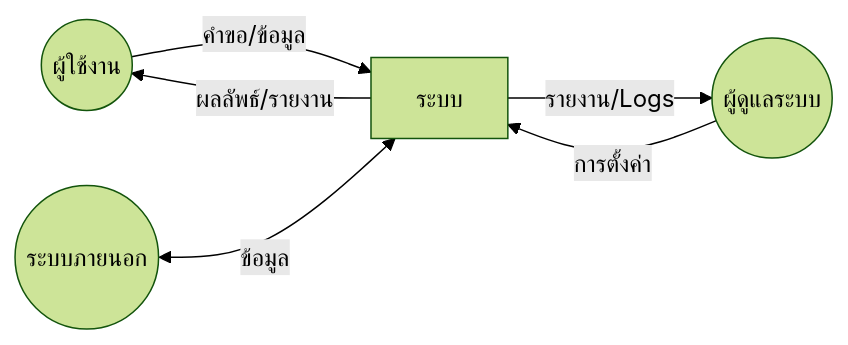
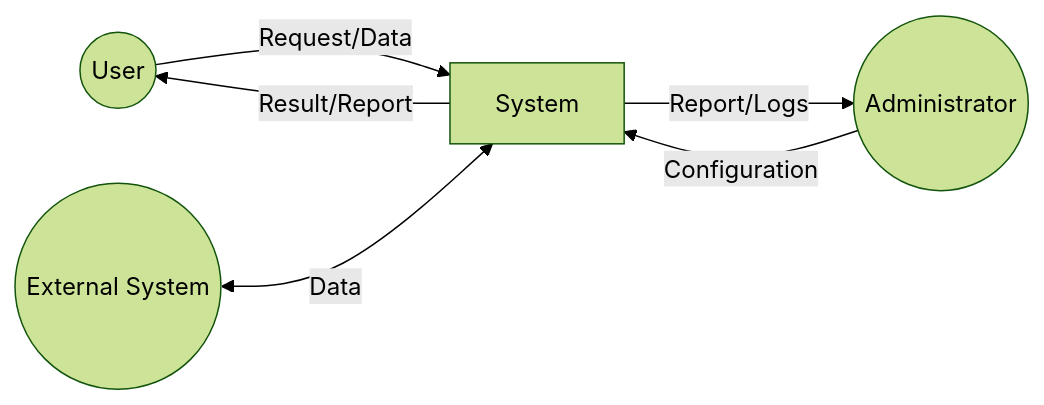
One commit to mounchons/AgentMarketPlace changed the fourth of 9 diagrams in plugins/system-design-doc/skills/system-design-doc/templates/design-doc-template.md. Above: the diagram before and after it, drawn with Mermaid (forest theme). The commit also changed other lines of this file and 51 other files, not shown here.

````diff
--- a/plugins/system-design-doc/skills/system-design-doc/templates/design-doc-template.md
+++ b/plugins/system-design-doc/skills/system-design-doc/templates/design-doc-template.md
@@ -264,10 +264,10 @@
 ```mermaid
 flowchart LR
-    E1((ผู้ใช้งาน)) -->|คำขอ/ข้อมูล| S[ระบบ]
-    S -->|ผลลัพธ์/รายงาน| E1
-    
-    E2((ผู้ดูแลระบบ)) -->|การตั้งค่า| S
-    S -->|รายงาน/Logs| E2
-    
-    E3((ระบบภายนอก)) <-->|ข้อมูล| S
+    E1((User)) -->|Request/Data| S[System]
+    S -->|Result/Report| E1
+
+    E2((Administrator)) -->|Configuration| S
+    S -->|Report/Logs| E2
+
+    E3((External System)) <-->|Data| S
 ```
````
